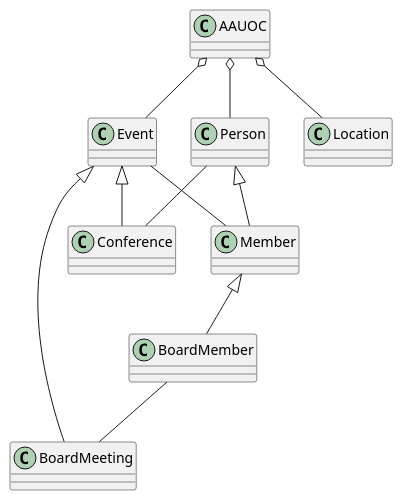
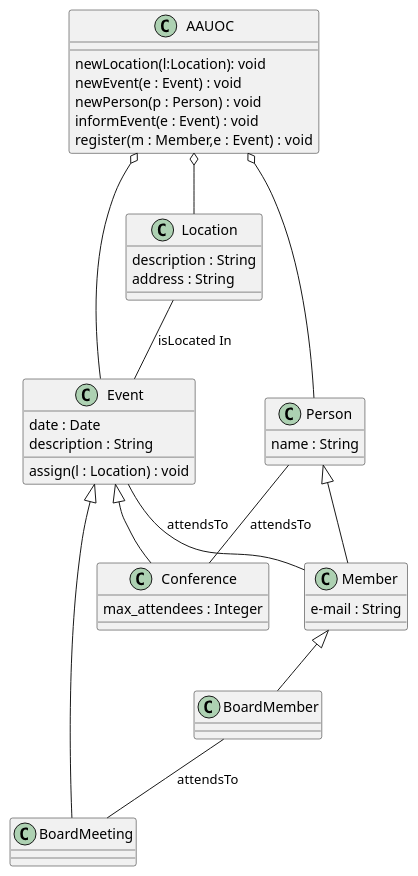
The diagram in src/PracticaUMLfranciscoAndres.puml (frangg222/UMLClasesFranciscoAndres), drawn with PlantUML before and after one commit.

Commit message:
UML añado atributos y metodos

```diff
--- a/src/PracticaUMLfranciscoAndres.puml
+++ b/src/PracticaUMLfranciscoAndres.puml
@@ -1,24 +1,48 @@
 @startuml
 'https://plantuml.com/class-diagram
 class Member
 class BoardMember
 class Event
 class Conference
 class BoardMeeting
 class Location
 class Person
 class AAUOC
 Event <|-- Conference
 Event <|-- BoardMeeting
 Person <|-- Member
 Member <|-- BoardMember
 AAUOC o-- Person
 AAUOC o-- Location
 AAUOC o-- Event
-Event -- Member
-BoardMember -- BoardMeeting
-Person -- Conference
-
-
+Location -- Event:isLocated In
+Event -- Member : attendsTo
+BoardMember -- BoardMeeting:attendsTo
+Person -- Conference:attendsTo
+class AAUOC {
+newLocation(l:Location): void
+newEvent(e : Event) : void
+newPerson(p : Person) : void
+informEvent(e : Event) : void
+register(m : Member,e : Event) : void
+}
+class Location{
+description : String
+address : String
+}
+class Event{
+date : Date
+description : String
+assign(l : Location) : void
+}
+class Member{
+e-mail : String
+}
+class Conference{
+max_attendees : Integer
+}
+class Person{
+name : String
+}
 
 @enduml
```
